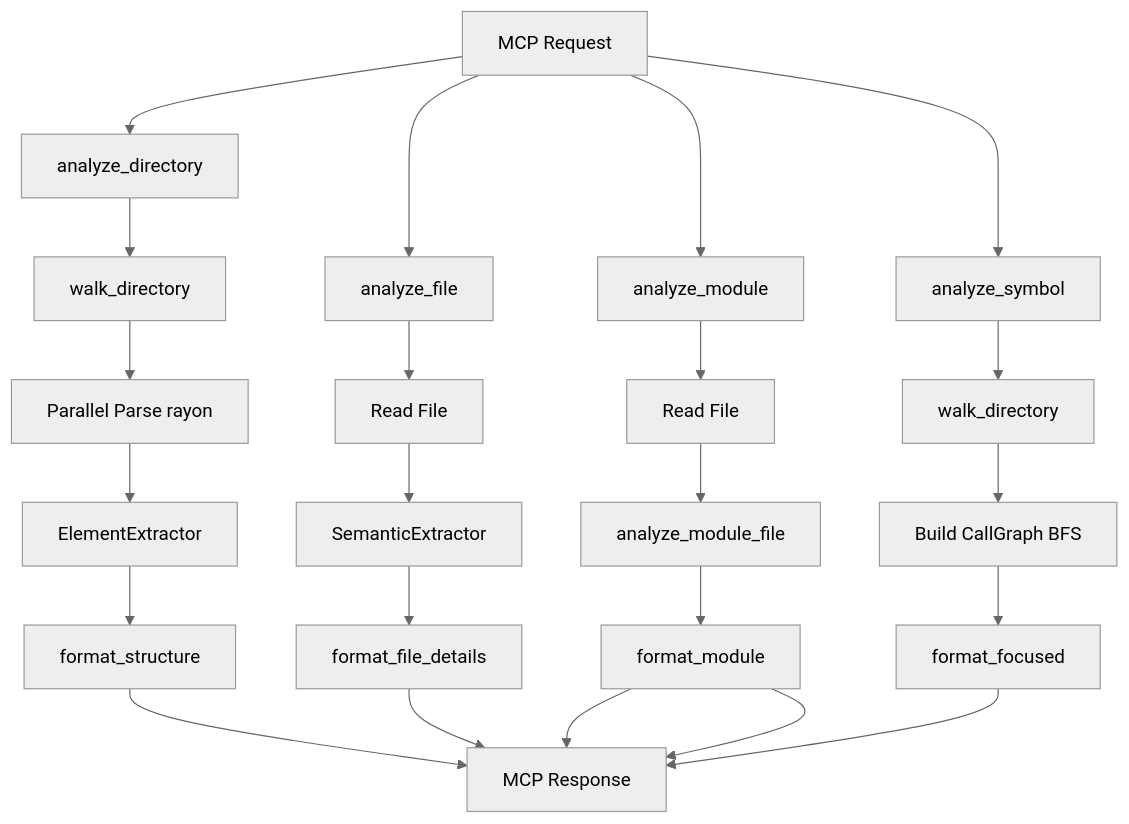
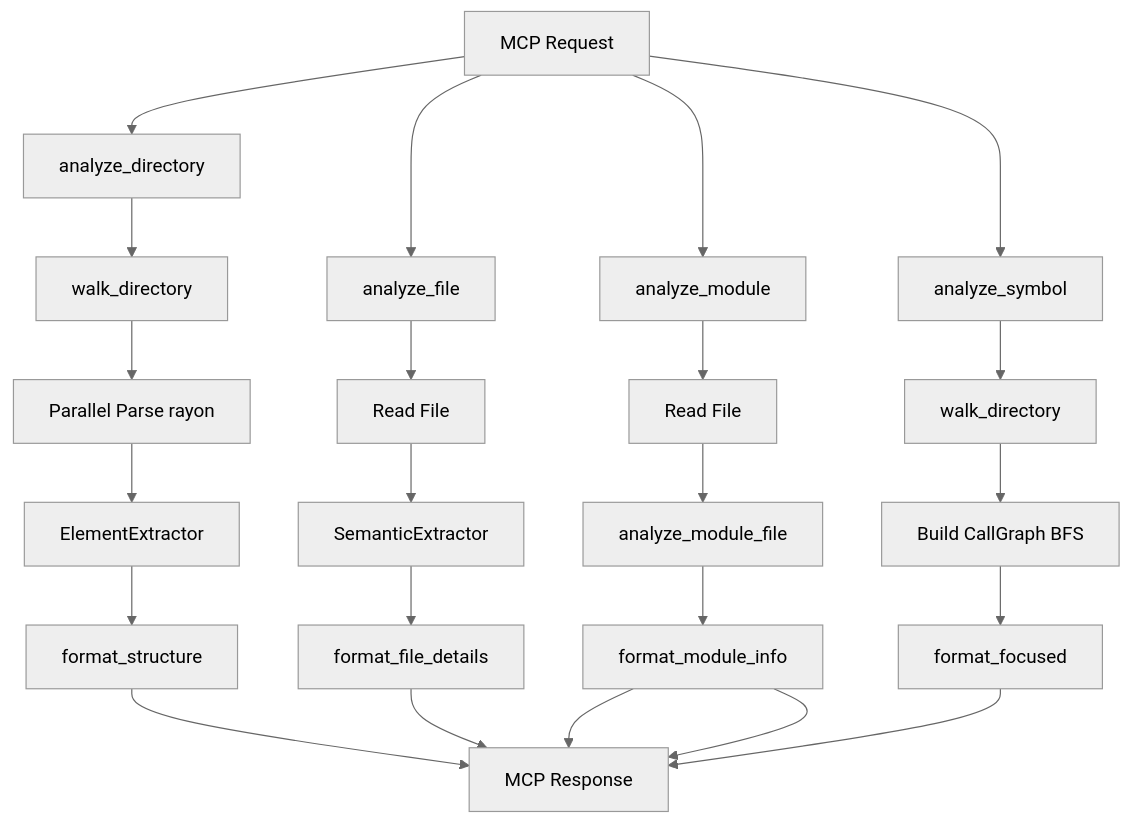
Before and after one commit to clouatre-labs/code-analyze-mcp: the diagram in docs/ARCHITECTURE.md, drawn with Mermaid (neutral theme). The commit also changed other lines of this file and 5 other files, not shown here.

````diff
--- a/docs/ARCHITECTURE.md
+++ b/docs/ARCHITECTURE.md
@@ -43,25 +44,25 @@
 ```mermaid
 graph TD
     A["MCP Request"] --> B1["analyze_directory"]
     A --> B2["analyze_file"]
     A --> B4["analyze_module"]
     A --> B3["analyze_symbol"]
     B1 --> M["walk_directory"]
     M --> N["Parallel Parse rayon"]
     N --> O["ElementExtractor"]
     O --> P["format_structure"]
     B2 --> J["Read File"]
     J --> K["SemanticExtractor"]
     K --> L["format_file_details"]
     B4 --> R["Read File"]
     R --> S["analyze_module_file"]
-    S --> T["format_module"]
+    S --> T["format_module_info"]
     T --> Q["MCP Response"]
     B3 --> G["walk_directory"]
     G --> H["Build CallGraph BFS"]
     H --> I["format_focused"]
     P --> Q["MCP Response"]
     L --> Q
     T --> Q
     I --> Q
 ```
````
